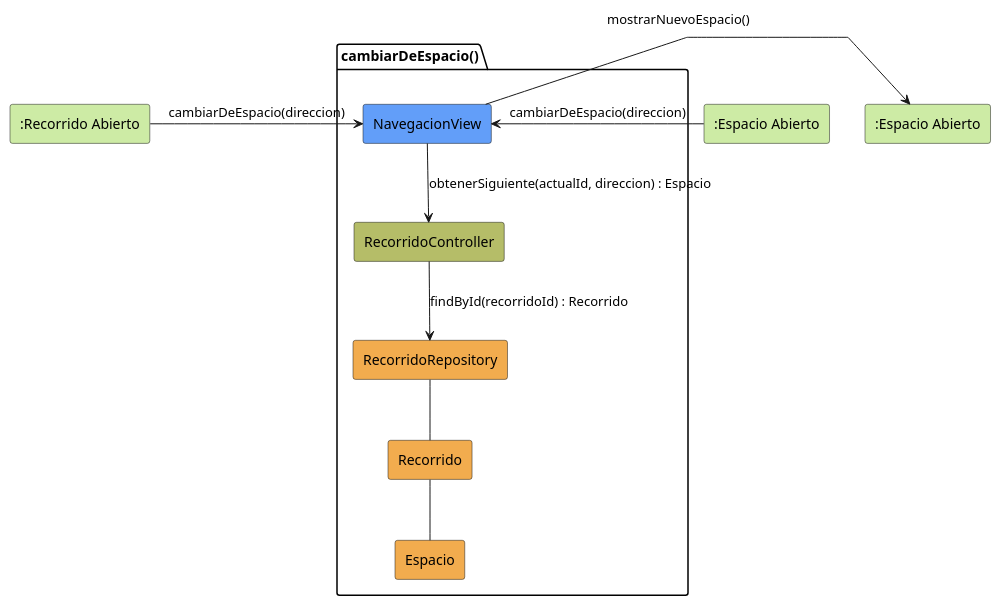
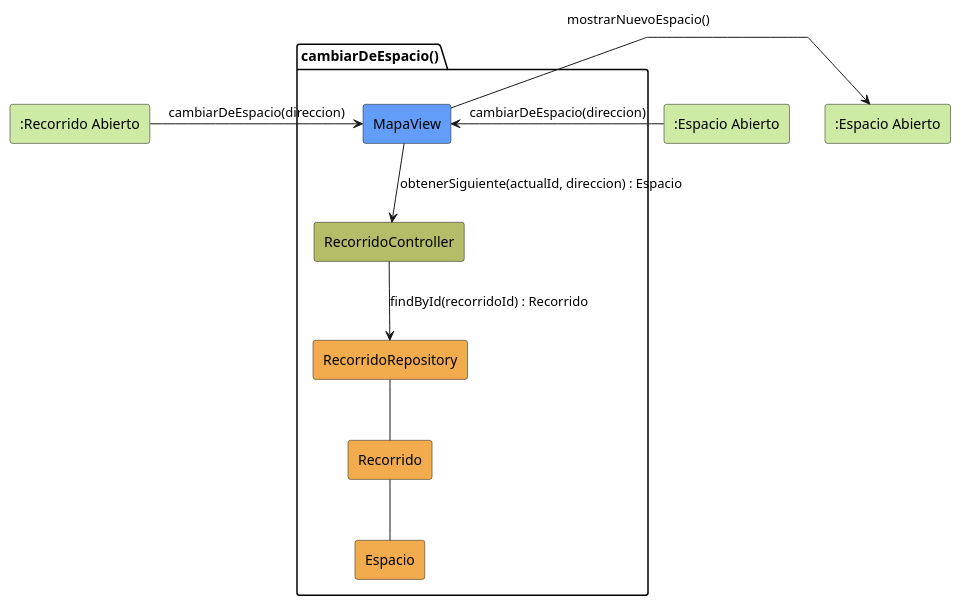
One commit to mmasias/25-26-idsw2-sdVC changed the diagram in modelosUML/01-análisis/casos-usos/01-Visitante/cambiarDeEspacio/colaboracion.puml. Above: the diagram before and after it, drawn with PlantUML. The commit also changed 9 other files, not shown here.

Commit message:
refactor(diagrams):delete use case start visit

```diff
--- a/modelosUML/01-análisis/casos-usos/01-Visitante/cambiarDeEspacio/colaboracion.puml
+++ b/modelosUML/01-análisis/casos-usos/01-Visitante/cambiarDeEspacio/colaboracion.puml
@@ -1,28 +1,28 @@
 @startuml cambiarDeEspacio
 skinparam linetype polyline
 
 rectangle #CDEBA5 ":Recorrido Abierto" as RecorridosAbierto
 rectangle #CDEBA5 ":Espacio Abierto" as EspacioAbiertoIn
 package cambiarDeEspacio as "cambiarDeEspacio()" {
-    rectangle #629EF9 NavegacionView
+    rectangle #629EF9 MapaView
     rectangle #b5bd68 RecorridoController
     rectangle #F2AC4E RecorridoRepository
     rectangle #F2AC4E Recorrido
     rectangle #F2AC4E Espacio
 }
 
 rectangle #CDEBA5 ":Espacio Abierto" as EspacioAbiertoOut
 
-RecorridosAbierto -r-> NavegacionView: cambiarDeEspacio(direccion)
-EspacioAbiertoIn -r-> NavegacionView: cambiarDeEspacio(direccion)
+RecorridosAbierto -r-> MapaView: cambiarDeEspacio(direccion)
+EspacioAbiertoIn -r-> MapaView: cambiarDeEspacio(direccion)
 
-NavegacionView -d-> RecorridoController: obtenerSiguiente(actualId, direccion) : Espacio
+MapaView -d-> RecorridoController: obtenerSiguiente(actualId, direccion) : Espacio
 
 RecorridoController --> RecorridoRepository: findById(recorridoId) : Recorrido
 
 RecorridoRepository -- Recorrido
 Recorrido -- Espacio
 
-NavegacionView -r-> EspacioAbiertoOut: mostrarNuevoEspacio()
+MapaView -r-> EspacioAbiertoOut: mostrarNuevoEspacio()
 
 @enduml
```
